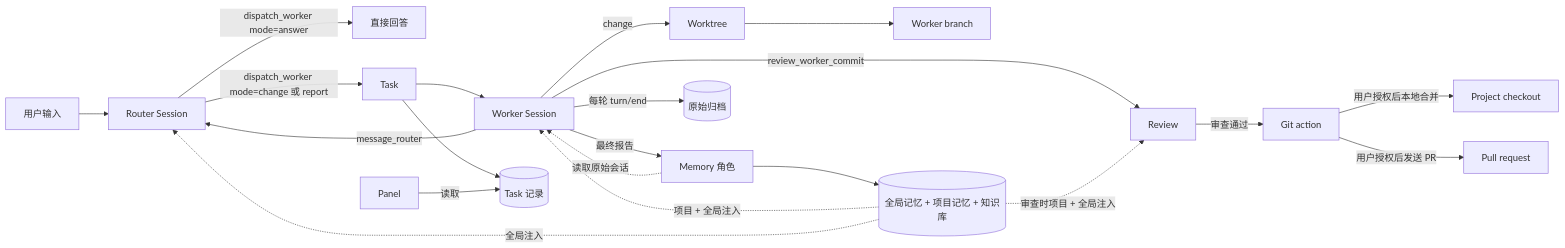
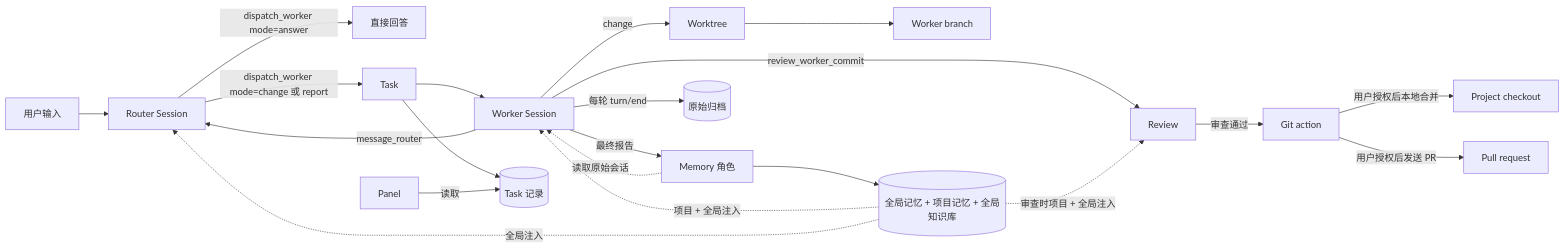
The diagram in docs/001-domain.md (LMQ00/superagent-lite), drawn with Mermaid before and after one commit. The commit also changed other lines of this file and 23 other files, not shown here.

````diff
--- a/docs/001-domain.md
+++ b/docs/001-domain.md
@@ -9,23 +9,23 @@
 ```mermaid
 flowchart LR
   I[用户输入] --> R[Router Session]
   R -->|dispatch_worker mode=answer| A[直接回答]
   R -->|dispatch_worker mode=change 或 report| T[Task]
   T --> W[Worker Session]
   W -->|change| WT[Worktree]
   WT --> B[Worker branch]
   W -->|review_worker_commit| V[Review]
   W -->|message_router| R
   V -->|审查通过| G[Git action]
   G -->|用户授权后本地合并| P[Project checkout]
   G -->|用户授权后发送 PR| PR[Pull request]
   T --> D[(Task 记录)]
   W -->|最终报告| M[Memory 角色]
   W -->|每轮 turn/end| AR[(原始归档)]
   M -.->|读取原始会话| W
-  M --> MS[(全局记忆 + 项目记忆 + 知识库)]
+  M --> MS[(全局记忆 + 项目记忆 + 全局知识库)]
   MS -.->|项目 + 全局注入| W
   MS -.->|全局注入| R
   MS -.->|审查时项目 + 全局注入| V
   PN[Panel] -->|读取| D
 ```
````
